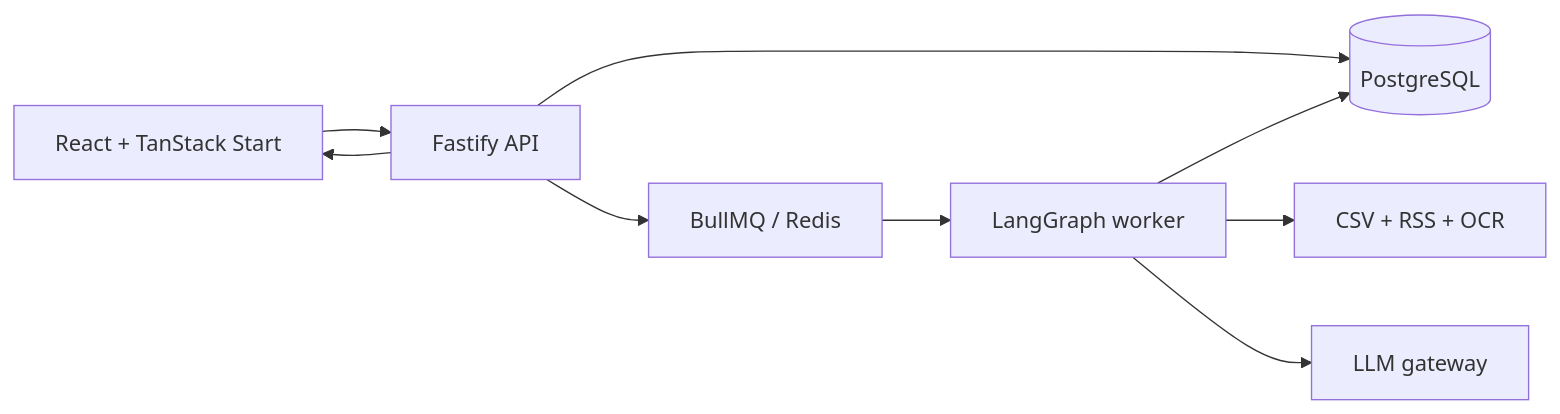
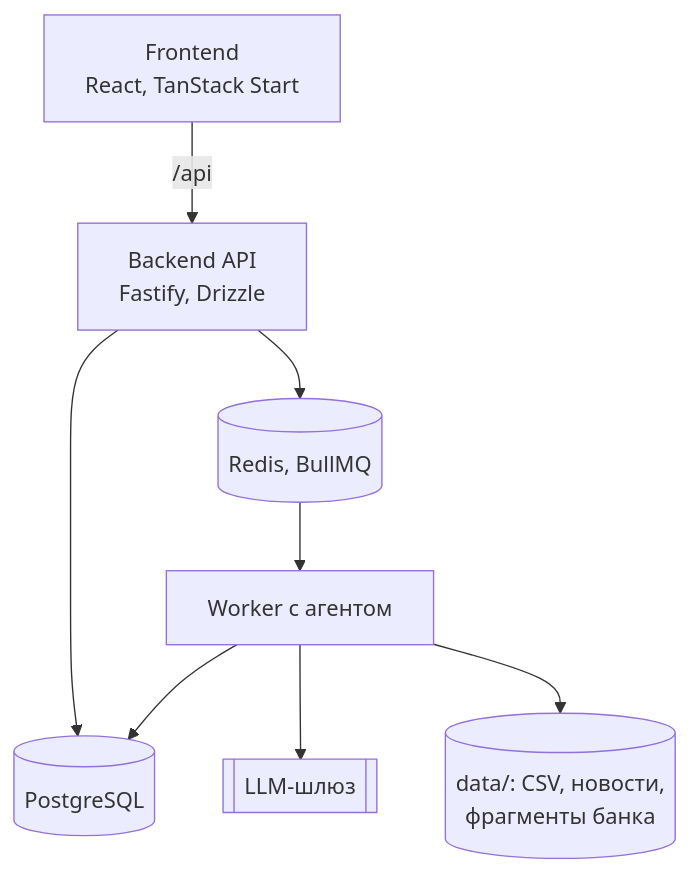
The second of 2 diagrams in README.md (al5-alfa-hackaton/alfa-hack-2026), drawn with Mermaid before and after one commit. The commit also changed other lines of this file, not shown here.

````diff
--- a/README.md
+++ b/README.md
@@ -31,11 +104,10 @@
 ```mermaid
-flowchart LR
-  UI[React + TanStack Start] --> API[Fastify API]
-  API --> PG[(PostgreSQL)]
-  API --> Q[BullMQ / Redis]
-  Q --> W[LangGraph worker]
-  W --> D[CSV + RSS + OCR]
-  W --> L[LLM gateway]
-  W --> PG
-  API --> UI
+flowchart TB
+    FE[Frontend<br/>React, TanStack Start] -->|/api| API[Backend API<br/>Fastify, Drizzle]
+    API --> PG[(PostgreSQL)]
+    API --> Q[(Redis, BullMQ)]
+    Q --> W[Worker с агентом]
+    W --> PG
+    W --> LLM[[LLM-шлюз]]
+    W --> Files[(data/: CSV, новости,<br/>фрагменты банка)]
 ```
````
